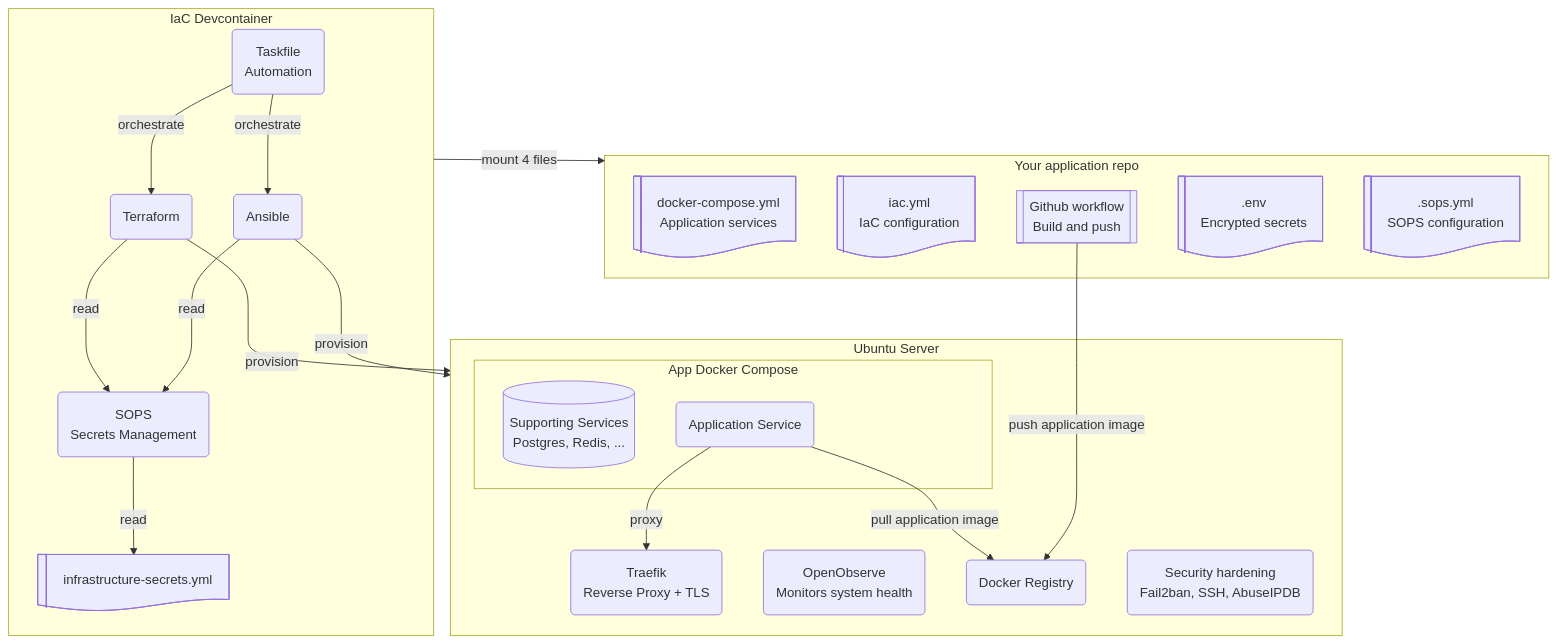
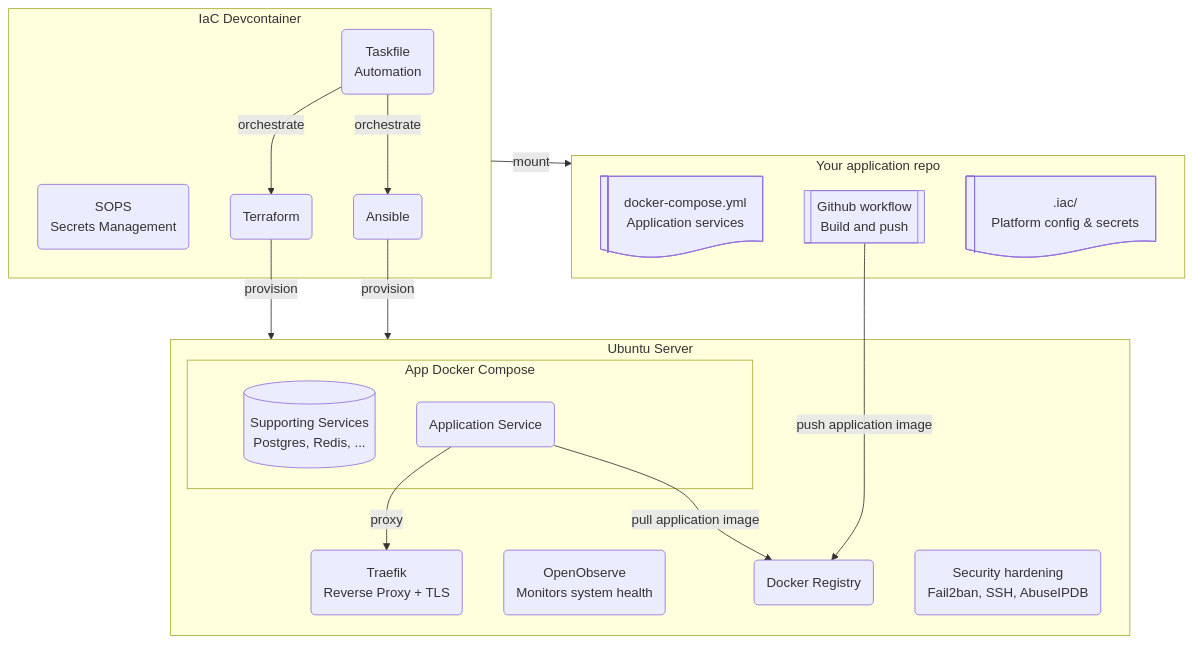
One commit to rednaw/iac changed the diagram in docs/README.md. Above: the diagram before and after it, drawn with Mermaid. The commit also changed 23 other files, not shown here.

````diff
--- a/docs/README.md
+++ b/docs/README.md
@@ -7,47 +7,39 @@
 ```mermaid
 graph TB
     subgraph IAC[IaC Devcontainer]
         TASK(Taskfile<br/>Automation)
         SOPS(SOPS<br/>Secrets Management)
         TF(Terraform)
         ANS(Ansible)
-        INFRA_SECRETS@{ shape: lin-doc, label: "infrastructure-secrets.yml" }
     end
 
     subgraph SERVER[Ubuntu Server]
       TRAEFIK(Traefik<br/>Reverse Proxy + TLS)
       subgraph DOCKER[App Docker Compose]
         SUPPORTING_SERVICES@{ shape: cyl, label: "Supporting Services<br/>Postgres, Redis, ..." }
         APP_SERVICE(Application Service)
       end
       OBSERVE(OpenObserve<br/>Monitors system health)
       REGISTRY(Docker Registry)
       SEC(Security hardening<br/>Fail2ban, SSH, AbuseIPDB)
     end
 
     subgraph APP[Your application repo]
       COMPOSE@{ shape: lin-doc, label: "docker-compose.yml<br/>Application services" }
-      IAC_YML@{ shape: lin-doc, label: "iac.yml<br/>IaC configuration" }
       PUSH@{ shape: subproc, label: "Github workflow<br/>Build and push" }
-      APP_SECRETS@{ shape: lin-doc, label: ".env<br/>Encrypted secrets" }
-      SOPS_CONFIG@{ shape: lin-doc, label: ".sops.yml<br/>SOPS configuration" }
+      IAC_YML@{ shape: lin-doc, label: ".iac/<br/>Platform config & secrets" }
     end
 
-    IAC -->|mount 4 files| APP
-    
+    IAC -->|mount| APP
+
     TASK -->|orchestrate| TF
     TASK -->|orchestrate| ANS
-
-    SOPS -->|read| INFRA_SECRETS
         
-    TF -->|provision| SERVER
-    TF -->|read| SOPS
-    
+    TF -->|provision| SERVER    
     ANS -->|provision| SERVER
-    ANS -->|read| SOPS
 
     APP_SERVICE -->|pull application image| REGISTRY
-    PUSH --->|push application image| REGISTRY 
+    PUSH -->|push application image| REGISTRY 
     
     APP_SERVICE -->|proxy| TRAEFIK
 ```
````
